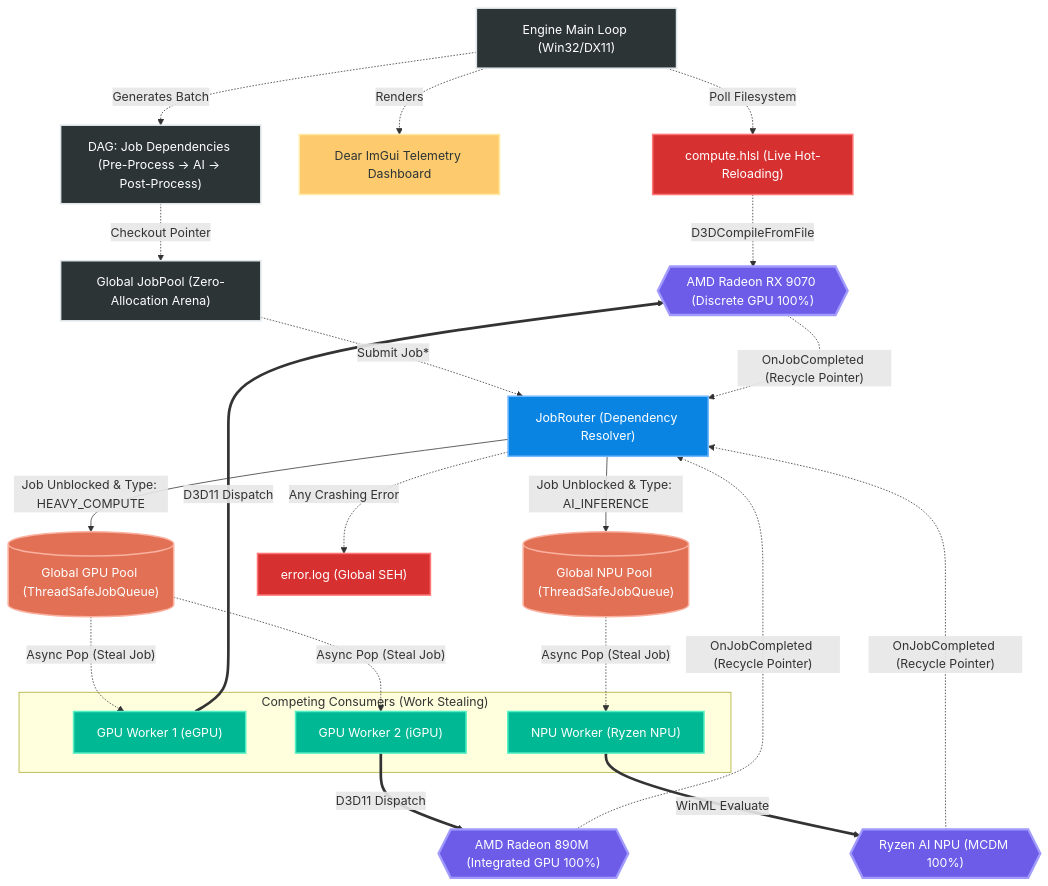
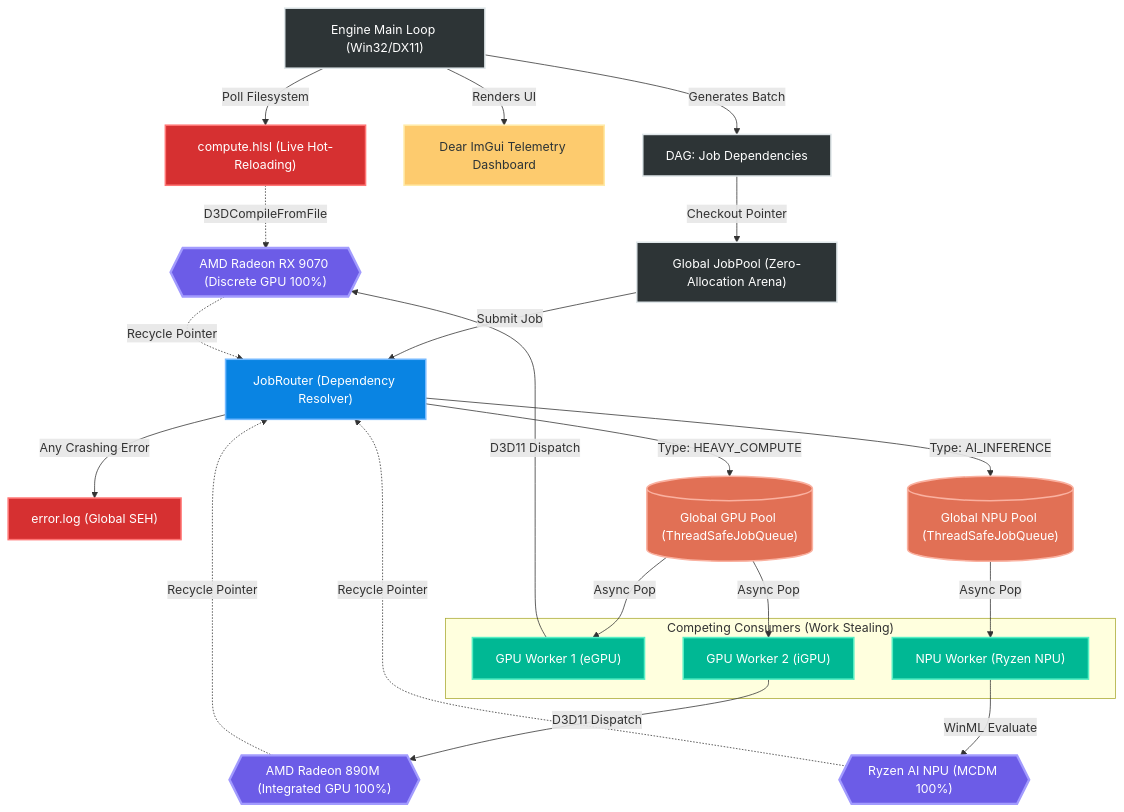
One commit to aliemreerdem/hybridcore changed the diagram in architecture_flow.md. Above: the diagram before and after it, drawn with Mermaid.

Commit message:
fix: correct mermaid diagram parsing issue on github display

````diff
--- a/architecture_flow.md
+++ b/architecture_flow.md
@@ -5,40 +5,56 @@
 ```mermaid
 graph TD
     classDef engine fill:#2d3436,stroke:#dfe6e9,stroke-width:2px,color:#fff;
     classDef router fill:#0984e3,stroke:#74b9ff,stroke-width:2px,color:#fff;
     classDef queue fill:#e17055,stroke:#fab1a0,stroke-width:2px,color:#fff;
     classDef worker fill:#00b894,stroke:#55efc4,stroke-width:2px,color:#fff;
     classDef hardware fill:#6c5ce7,stroke:#a29bfe,stroke-width:3px,color:#fff;
     classDef external fill:#d63031,stroke:#ff7675,stroke-width:2px,color:#fff;
     classDef ui fill:#fdcb6e,stroke:#ffeaa7,stroke-width:2px,color:#2d3436;
 
-    Engine["Engine Main Loop (Win32/DX11)"]:::engine -.->|"Poll Filesystem"| HLSL["compute.hlsl (Live Hot-Reloading)"]:::external
-    Engine -.->|"Renders"| UI["Dear ImGui Telemetry Dashboard"]:::ui
-    Engine -.->|"Generates Batch"| DAG["DAG: Job Dependencies (Pre-Process -> AI -> Post-Process)"]:::engine
-    DAG -.->|"Checkout Pointer"| MemoryArena["Global JobPool (Zero-Allocation Arena)"]:::engine
-    MemoryArena -.->|"Submit Job*"| JobRouter["JobRouter (Dependency Resolver)"]:::router
+    Engine["Engine Main Loop (Win32/DX11)"]:::engine
+    HLSL["compute.hlsl (Live Hot-Reloading)"]:::external
+    UI["Dear ImGui Telemetry Dashboard"]:::ui
+    DAG["DAG: Job Dependencies"]:::engine
+    MemoryArena["Global JobPool (Zero-Allocation Arena)"]:::engine
+    JobRouter["JobRouter (Dependency Resolver)"]:::router
+    ErrorLog["error.log (Global SEH)"]:::external
 
-    JobRouter -->|"Job Unblocked & Type: HEAVY_COMPUTE"| GPUQ[("Global GPU Pool (ThreadSafeJobQueue)")]:::queue
-    JobRouter -->|"Job Unblocked & Type: AI_INFERENCE"| NPUQ[("Global NPU Pool (ThreadSafeJobQueue)")]:::queue
+    Engine -->|"Poll Filesystem"| HLSL
+    Engine -->|"Renders UI"| UI
+    Engine -->|"Generates Batch"| DAG
+    
+    DAG -->|"Checkout Pointer"| MemoryArena
+    MemoryArena -->|"Submit Job"| JobRouter
+
+    GPUQ[("Global GPU Pool (ThreadSafeJobQueue)")]:::queue
+    NPUQ[("Global NPU Pool (ThreadSafeJobQueue)")]:::queue
+
+    JobRouter -->|"Type: HEAVY_COMPUTE"| GPUQ
+    JobRouter -->|"Type: AI_INFERENCE"| NPUQ
+    JobRouter -->|"Any Crashing Error"| ErrorLog
 
     subgraph CompetingConsumers ["Competing Consumers (Work Stealing)"]
         W1["GPU Worker 1 (eGPU)"]:::worker
         W2["GPU Worker 2 (iGPU)"]:::worker
         W3["NPU Worker (Ryzen NPU)"]:::worker
     end
     
-    GPUQ -.->|"Async Pop (Steal Job)"| W1
-    GPUQ -.->|"Async Pop (Steal Job)"| W2
-    NPUQ -.->|"Async Pop (Steal Job)"| W3
+    GPUQ -->|"Async Pop"| W1
+    GPUQ -->|"Async Pop"| W2
+    NPUQ -->|"Async Pop"| W3
 
-    W1 == "D3D11 Dispatch" ==> HW1{{"AMD Radeon RX 9070 (Discrete GPU 100%)"}}:::hardware
-    W2 == "D3D11 Dispatch" ==> HW2{{"AMD Radeon 890M (Integrated GPU 100%)"}}:::hardware
-    W3 == "WinML Evaluate" ==> HW3{{"Ryzen AI NPU (MCDM 100%)"}}:::hardware
+    HW1{{"AMD Radeon RX 9070 (Discrete GPU 100%)"}}:::hardware
+    HW2{{"AMD Radeon 890M (Integrated GPU 100%)"}}:::hardware
+    HW3{{"Ryzen AI NPU (MCDM 100%)"}}:::hardware
+
+    W1 -->|"D3D11 Dispatch"| HW1
+    W2 -->|"D3D11 Dispatch"| HW2
+    W3 -->|"WinML Evaluate"| HW3
+    
     HLSL -.->|"D3DCompileFromFile"| HW1
 
-    HW1 -.->|"OnJobCompleted (Recycle Pointer)"| JobRouter
-    HW2 -.->|"OnJobCompleted (Recycle Pointer)"| JobRouter
-    HW3 -.->|"OnJobCompleted (Recycle Pointer)"| JobRouter
-    
-    JobRouter -.->|"Any Crashing Error"| ErrorLog["error.log (Global SEH)"]:::external
+    HW1 -.->|"Recycle Pointer"| JobRouter
+    HW2 -.->|"Recycle Pointer"| JobRouter
+    HW3 -.->|"Recycle Pointer"| JobRouter
 ```
````
